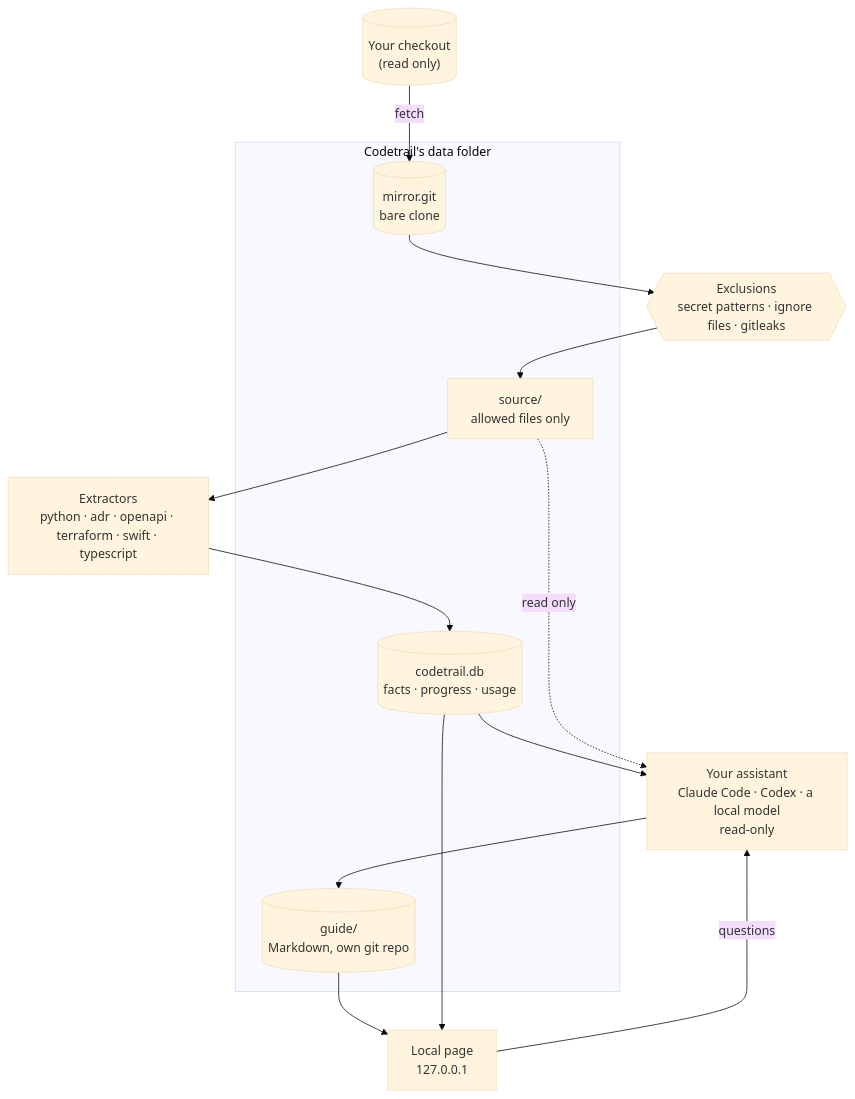
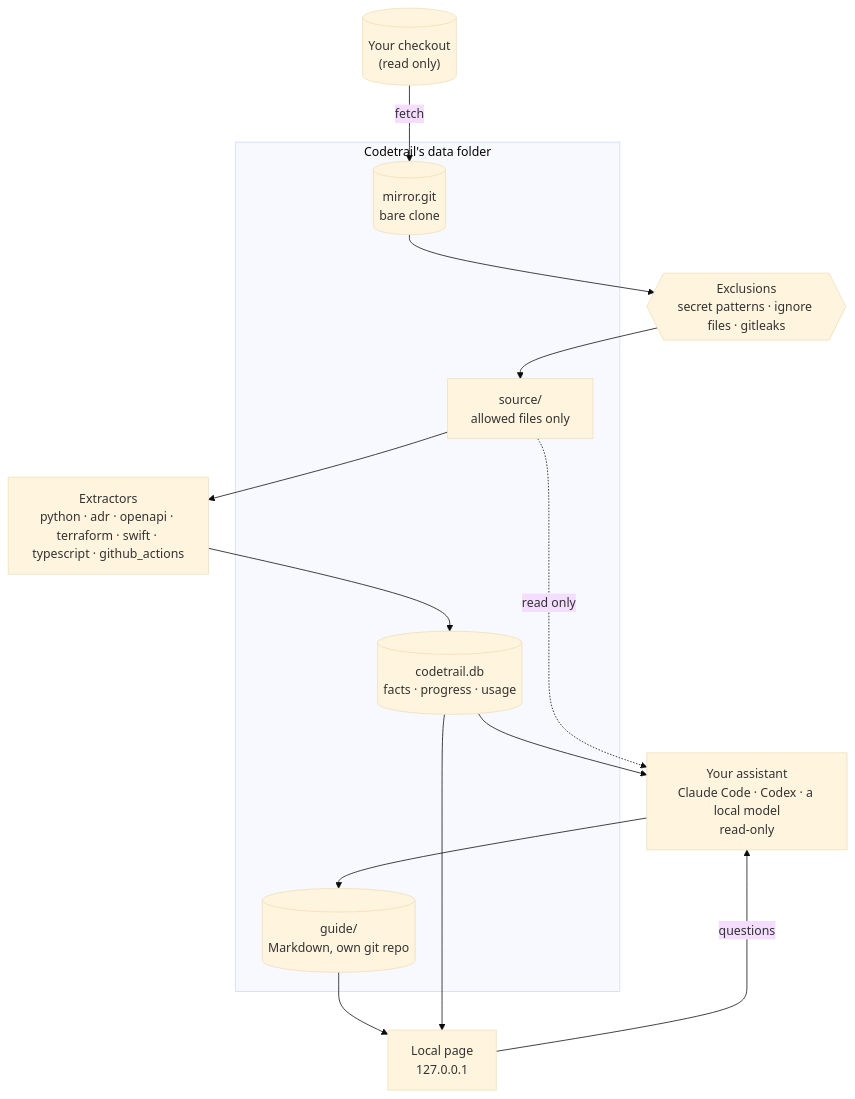
Before and after one commit to mohamed-abdelsattar92/codetrail: the first of 5 diagrams in README.md, drawn with Mermaid (base theme). The commit also changed 7 other files, not shown here.

First line of the commit message:
feat(extract): record deploy evidence from workflows and Terraform paths

````diff
--- a/README.md
+++ b/README.md
@@ -93,24 +93,24 @@
 ```mermaid
 flowchart TB
     checkout[("Your checkout<br/>(read only)")]
     subgraph data["Codetrail's data folder"]
         mirror[("mirror.git<br/>bare clone")]
         source["source/<br/>allowed files only"]
         db[("codetrail.db<br/>facts · progress · usage")]
         guide[("guide/<br/>Markdown, own git repo")]
     end
     rules{{"Exclusions<br/>secret patterns · ignore files · gitleaks"}}
-    extract["Extractors<br/>python · adr · openapi · terraform · swift · typescript"]
+    extract["Extractors<br/>python · adr · openapi · terraform · swift · typescript · github_actions"]
     assistant["Your assistant<br/>Claude Code · Codex · a local model<br/>read-only"]
     page["Local page<br/>127.0.0.1"]
 
     checkout -- fetch --> mirror
     mirror --> rules --> source
     source --> extract --> db
     db --> assistant
     source -. read only .-> assistant
     assistant --> guide
     guide --> page
     db --> page
     page -- questions --> assistant
 ```
````
